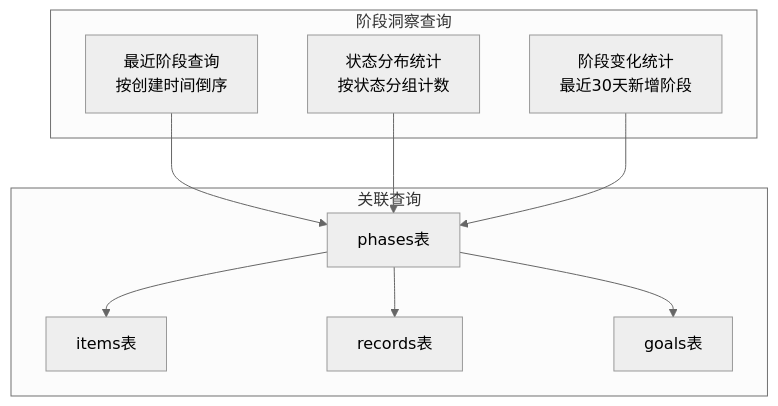
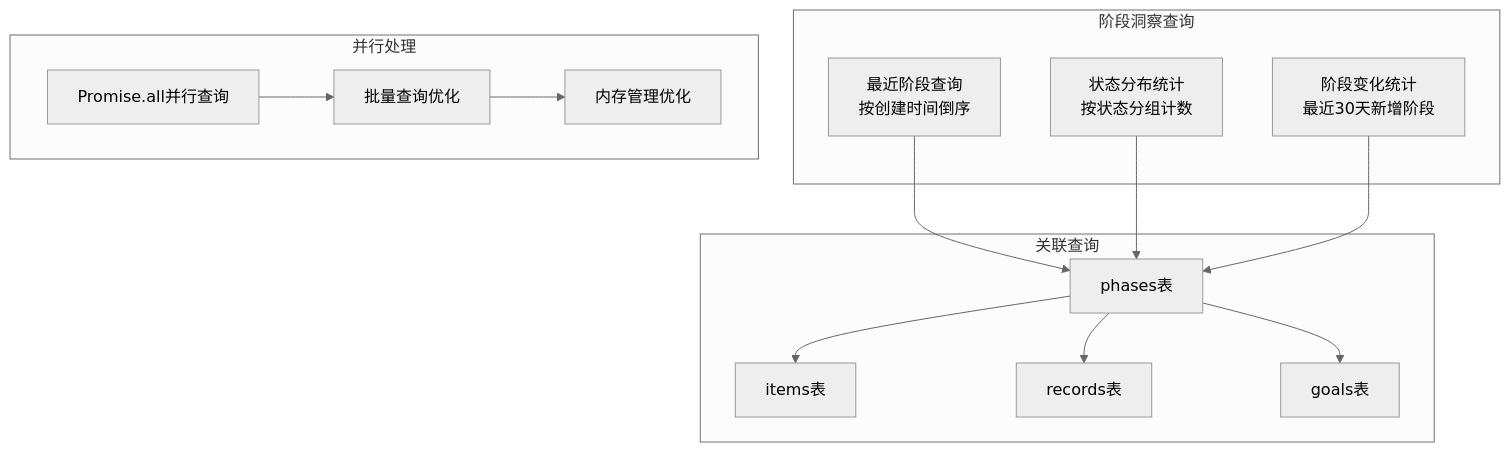
One commit to bbong1234/TETO changed the seventh of 12 diagrams in .qoder/repowiki/zh/content/核心功能模块/洞察分析系统/阶段洞察分析.md. Above: the diagram before and after it, drawn with Mermaid (neutral theme). The commit also changed other lines of this file and 352 other files, not shown here.

````diff
--- a/.qoder/repowiki/zh/content/核心功能模块/洞察分析系统/阶段洞察分析.md
+++ b/.qoder/repowiki/zh/content/核心功能模块/洞察分析系统/阶段洞察分析.md
@@ -313,20 +333,27 @@
 ```mermaid
 graph TB
 subgraph "阶段洞察查询"
 RecentPhases["最近阶段查询<br/>按创建时间倒序"]
 StatusDist["状态分布统计<br/>按状态分组计数"]
 PhaseChanges["阶段变化统计<br/>最近30天新增阶段"]
+end
+subgraph "并行处理"
+ParallelQuery["Promise.all并行查询"]
+BatchQuery["批量查询优化"]
+MemoryOpt["内存管理优化"]
 end
 subgraph "关联查询"
 Phases[phases表]
 Items[items表]
 Records[records表]
 Goals[goals表]
 end
 RecentPhases --> Phases
 StatusDist --> Phases
 PhaseChanges --> Phases
 Phases --> Items
 Phases --> Records
 Phases --> Goals
+ParallelQuery --> BatchQuery
+BatchQuery --> MemoryOpt
 ```
````
